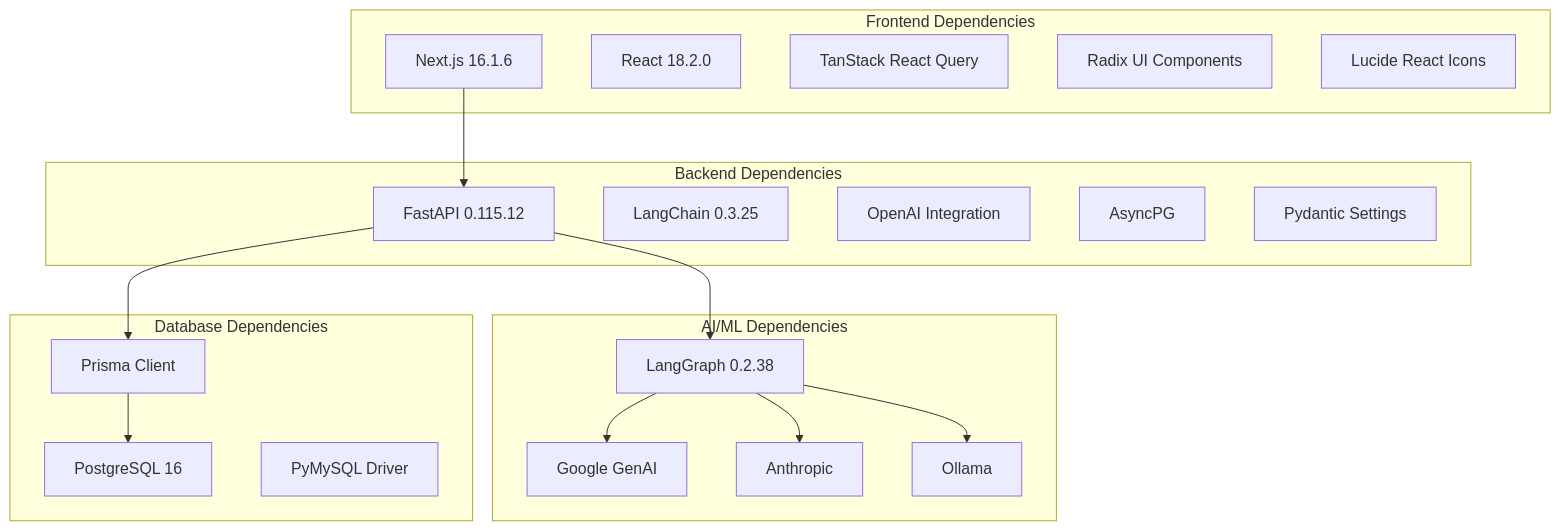
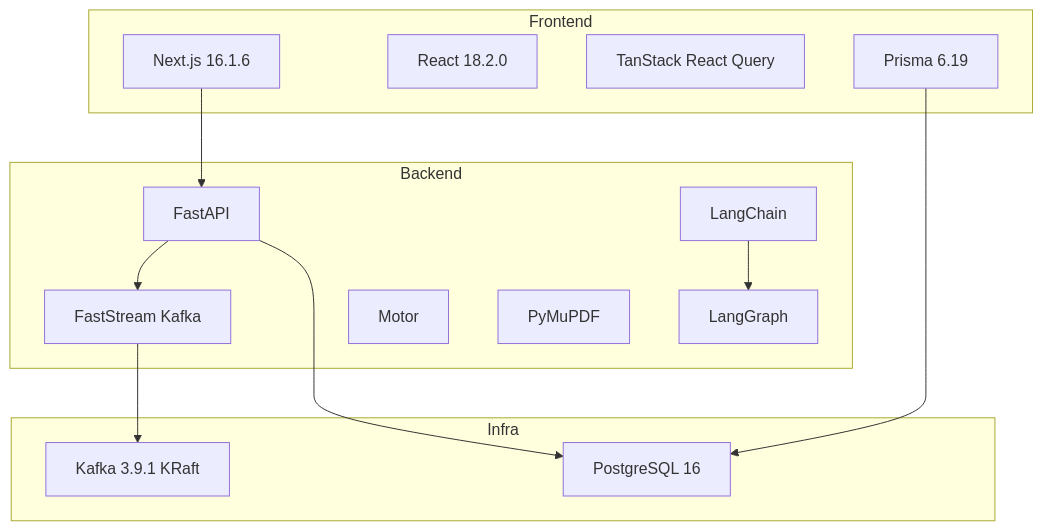
One commit to tashifkhan/tashif.codes changed the fifth of 5 diagrams in src/data/docs/talentsync/Project Overview/Project Overview.md. Above: the diagram before and after it, drawn with Mermaid. The commit also changed other lines of this file and 2128 other files, not shown here.

First line of the commit message:
docs: replace raster diagram images with native Mermaid across project guides

````diff
--- a/src/data/docs/talentsync/Project Overview/Project Overview.md
+++ b/src/data/docs/talentsync/Project Overview/Project Overview.md
@@ -226,35 +143,27 @@
 ```mermaid
 graph TB
-subgraph "Frontend Dependencies"
+subgraph "Frontend"
 FE_Next[Next.js 16.1.6]
 FE_React[React 18.2.0]
 FE_Query[TanStack React Query]
-FE_UI[Radix UI Components]
-FE_Icons[Lucide React Icons]
+FE_Prisma[Prisma 6.19]
 end
-subgraph "Backend Dependencies"
-BE_FastAPI[FastAPI 0.115.12]
-BE_LangChain[LangChain 0.3.25]
-BE_OpenAI[OpenAI Integration]
-BE_AsyncPG[AsyncPG]
-BE_Pydantic[Pydantic Settings]
+subgraph "Backend"
+BE_FastAPI[FastAPI]
+BE_LangChain[LangChain]
+BE_LangGraph[LangGraph]
+BE_FS[FastStream Kafka]
+BE_Motor[Motor]
+BE_PyMuPDF[PyMuPDF]
 end
-subgraph "AI/ML Dependencies"
-AI_LangGraph[LangGraph 0.2.38]
-AI_GoogleGenAI[Google GenAI]
-AI_Anthropic[Anthropic]
-AI_Ollama[Ollama]
-end
-subgraph "Database Dependencies"
+subgraph "Infra"
 DB_PostgreSQL[PostgreSQL 16]
-DB_Prisma[Prisma Client]
-DB_PyMySQL[PyMySQL Driver]
+KAFKA[Kafka 3.9.1 KRaft]
 end
 FE_Next --> BE_FastAPI
-BE_FastAPI --> AI_LangGraph
-AI_LangGraph --> AI_GoogleGenAI
-AI_LangGraph --> AI_Anthropic
-AI_LangGraph --> AI_Ollama
-BE_FastAPI --> DB_Prisma
-DB_Prisma --> DB_PostgreSQL
+BE_FastAPI --> BE_FS
+BE_FS --> KAFKA
+BE_LangChain --> BE_LangGraph
+BE_FastAPI --> DB_PostgreSQL
+FE_Prisma --> DB_PostgreSQL
 ```
````
